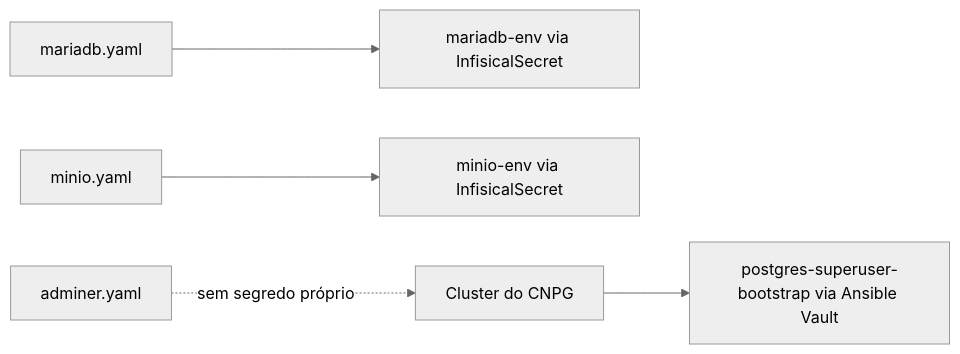
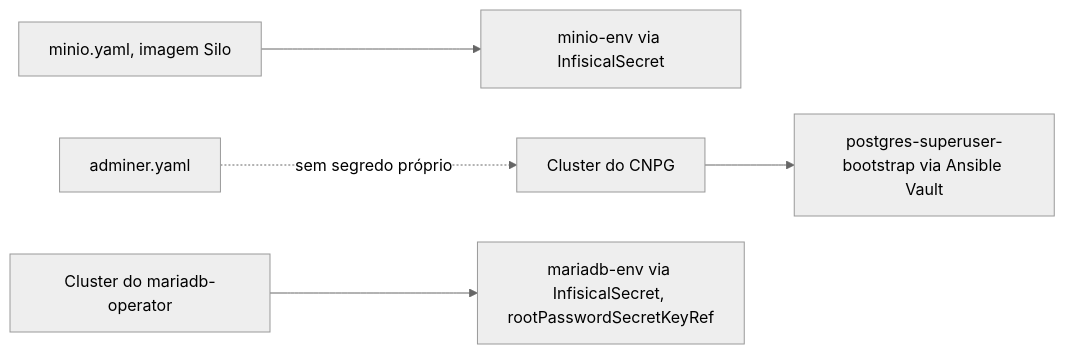
One commit to ladesa-ro/infrastructure changed the second of 2 diagrams in docs/arquitetura/foundation.md. Above: the diagram before and after it, drawn with Mermaid (neutral theme). The commit also changed other lines of this file and 2 other files, not shown here.

Commit message:
feat(mariadb): complete cutover, remove legacy deployment

````diff
--- a/docs/arquitetura/foundation.md
+++ b/docs/arquitetura/foundation.md
@@ -22,7 +25,7 @@
 ```mermaid
 flowchart LR
-    MariaDB[mariadb.yaml] --> MariaEnv["mariadb-env via InfisicalSecret"]
-    MinIO[minio.yaml] --> MinioEnv["minio-env via InfisicalSecret"]
+    MinIO[minio.yaml, imagem Silo] --> MinioEnv["minio-env via InfisicalSecret"]
     Adminer[adminer.yaml] -.->|sem segredo próprio| Postgres[Cluster do CNPG]
     Postgres --> SuperuserSecret["postgres-superuser-bootstrap via Ansible Vault"]
+    MariaDB[Cluster do mariadb-operator] --> RootSecret["mariadb-env via InfisicalSecret, rootPasswordSecretKeyRef"]
 ```
````
